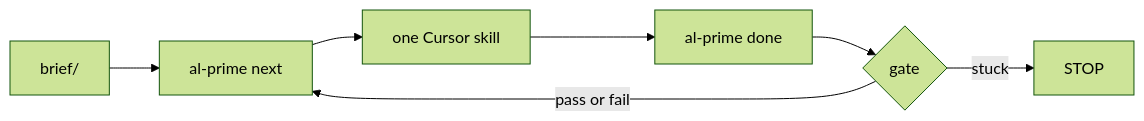
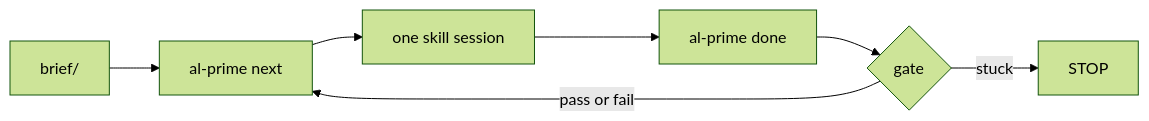
One commit to AlessandroAnnini/agentic-loop-prime changed the diagram in README.md. Above: the diagram before and after it, drawn with Mermaid (forest theme). The commit also changed other lines of this file and 32 other files, not shown here.

````diff
--- a/README.md
+++ b/README.md
@@ -10,9 +10,9 @@
 ```mermaid
 flowchart LR
   notes["brief/"] --> nextCmd["al-prime next"]
-  nextCmd --> skill["one Cursor skill"]
+  nextCmd --> skill["one skill session"]
   skill --> doneCmd["al-prime done"]
   doneCmd --> gate{"gate"}
   gate -->|pass or fail| nextCmd
   gate -->|stuck| stop["STOP"]
 ```
````
